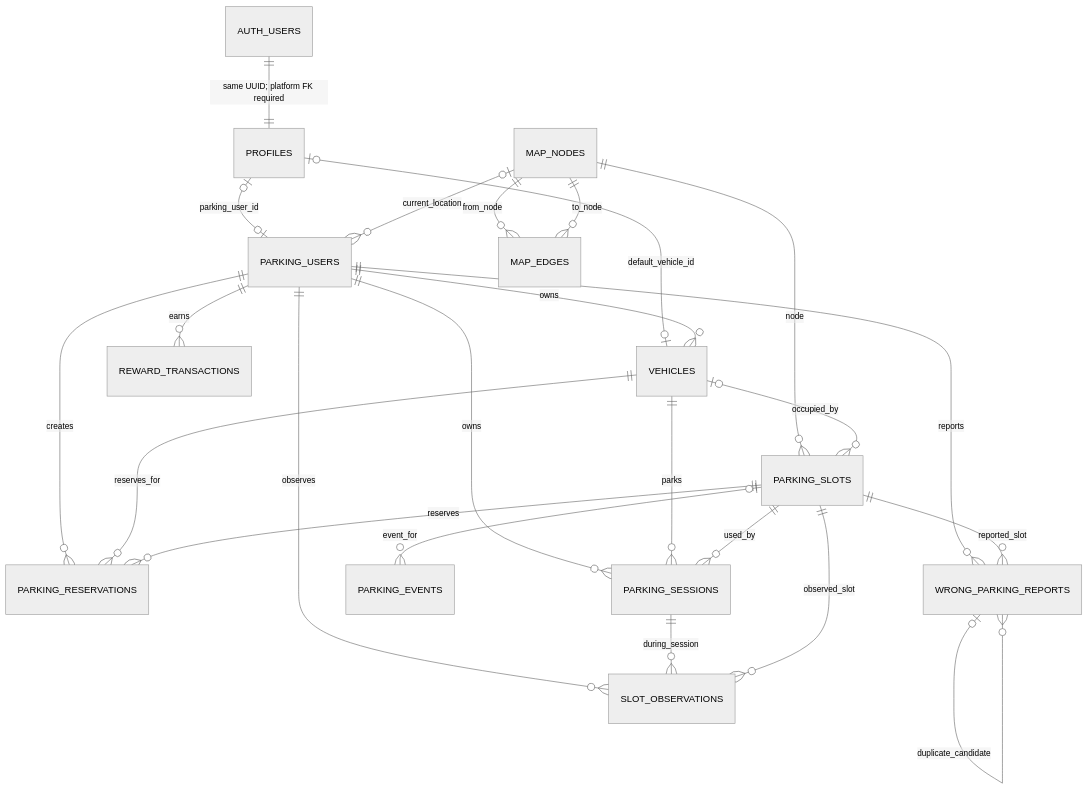
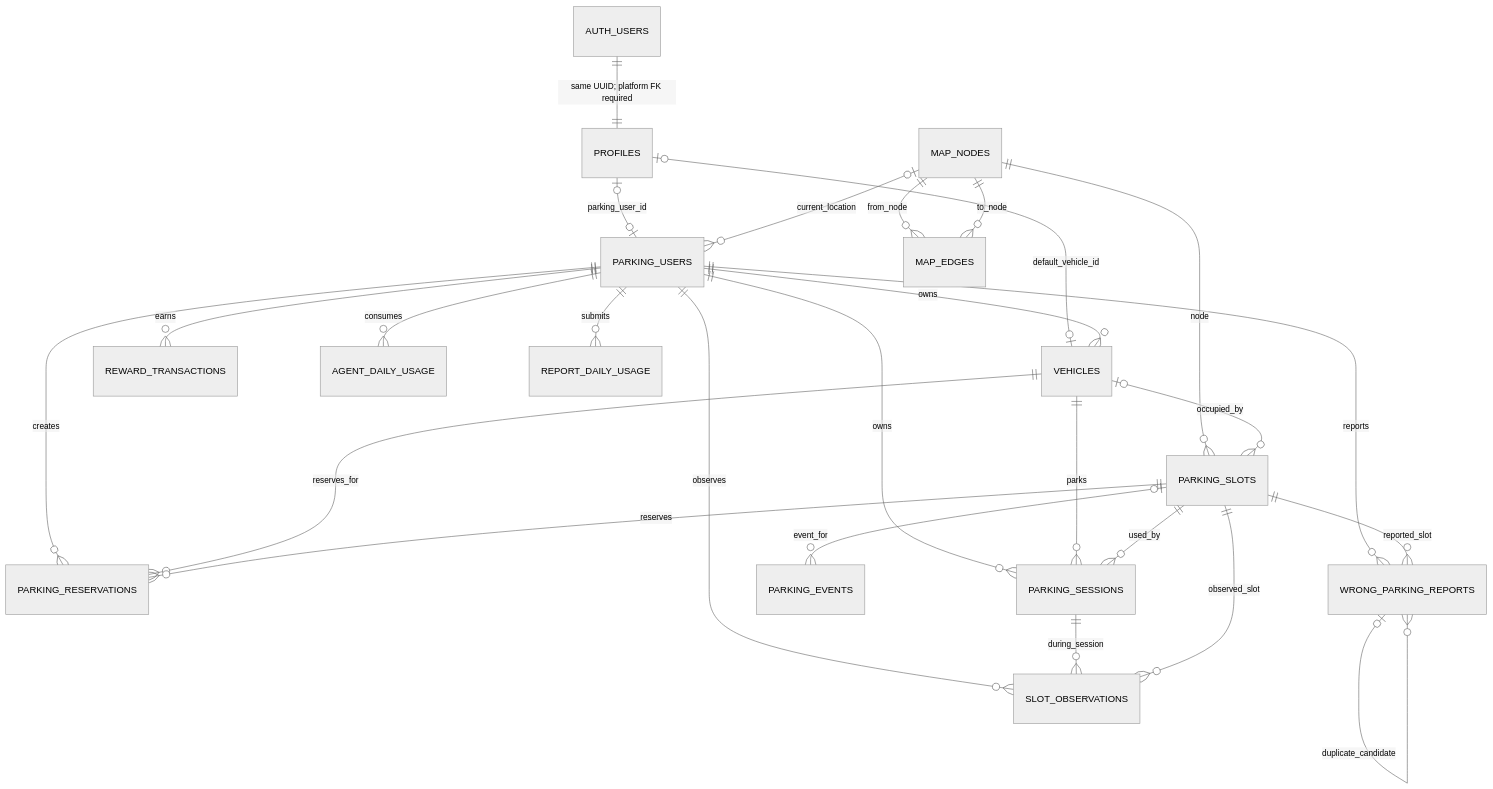
The diagram in docs/database/P152_DB_ERD.md (Ngducanh05/T-152), drawn with Mermaid (neutral theme) before and after one commit. The commit also changed other lines of this file and 13 other files, not shown here.

Commit message:
docs: align public beta architecture and feature documentation

````diff
--- a/docs/database/P152_DB_ERD.md
+++ b/docs/database/P152_DB_ERD.md
@@ -15,35 +20,37 @@
 ```mermaid
 erDiagram
     AUTH_USERS ||--|| PROFILES : "same UUID; platform FK required"
     PROFILES o|--o| PARKING_USERS : "parking_user_id"
     PROFILES o|--o| VEHICLES : "default_vehicle_id"
 
     PARKING_USERS ||--o{ VEHICLES : owns
     MAP_NODES o|--o{ PARKING_USERS : current_location
 
     MAP_NODES ||--o{ PARKING_SLOTS : node
     MAP_NODES ||--o{ MAP_EDGES : from_node
     MAP_NODES ||--o{ MAP_EDGES : to_node
 
     VEHICLES o|--o{ PARKING_SLOTS : occupied_by
 
     PARKING_USERS ||--o{ PARKING_RESERVATIONS : creates
     VEHICLES ||--o{ PARKING_RESERVATIONS : reserves_for
     PARKING_SLOTS ||--o{ PARKING_RESERVATIONS : reserves
 
     PARKING_USERS ||--o{ PARKING_SESSIONS : owns
     VEHICLES ||--o{ PARKING_SESSIONS : parks
     PARKING_SLOTS ||--o{ PARKING_SESSIONS : used_by
 
     PARKING_SLOTS o|--o{ PARKING_EVENTS : event_for
 
     PARKING_USERS ||--o{ WRONG_PARKING_REPORTS : reports
     PARKING_SLOTS ||--o{ WRONG_PARKING_REPORTS : reported_slot
     WRONG_PARKING_REPORTS o|--o{ WRONG_PARKING_REPORTS : duplicate_candidate
 
     PARKING_USERS ||--o{ SLOT_OBSERVATIONS : observes
     PARKING_SESSIONS ||--o{ SLOT_OBSERVATIONS : during_session
     PARKING_SLOTS ||--o{ SLOT_OBSERVATIONS : observed_slot
 
     PARKING_USERS ||--o{ REWARD_TRANSACTIONS : earns
+    PARKING_USERS ||--o{ AGENT_DAILY_USAGE : consumes
+    PARKING_USERS ||--o{ REPORT_DAILY_USAGE : submits
 ```
````
